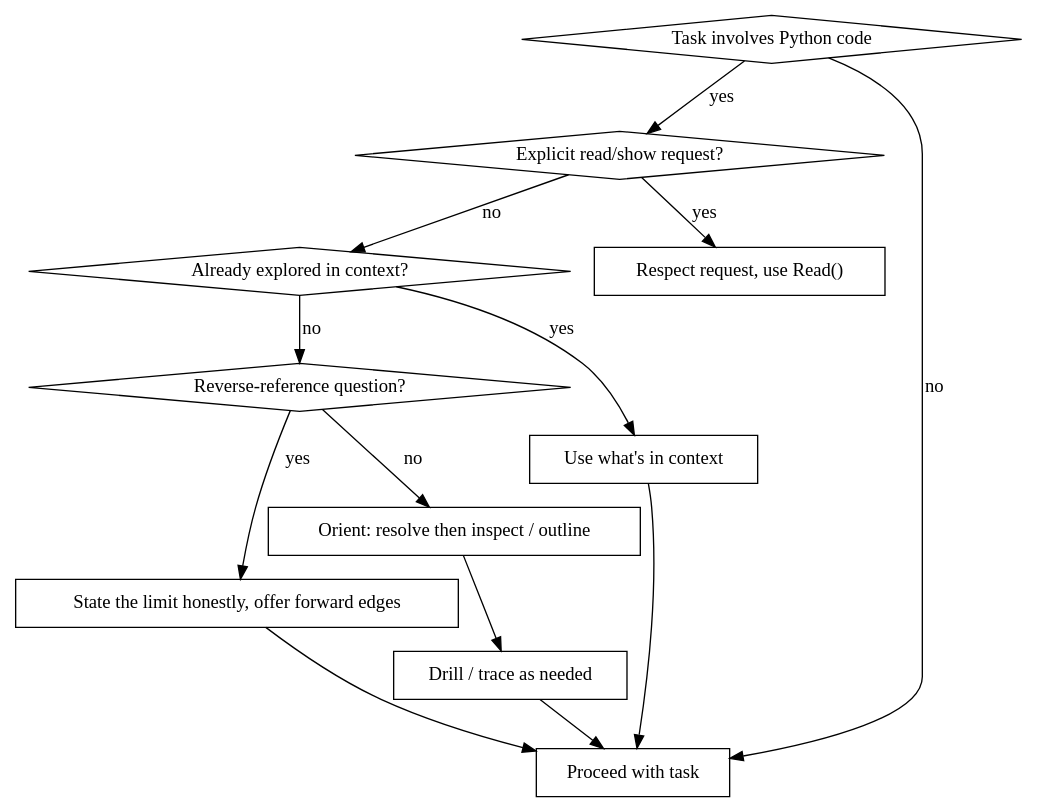
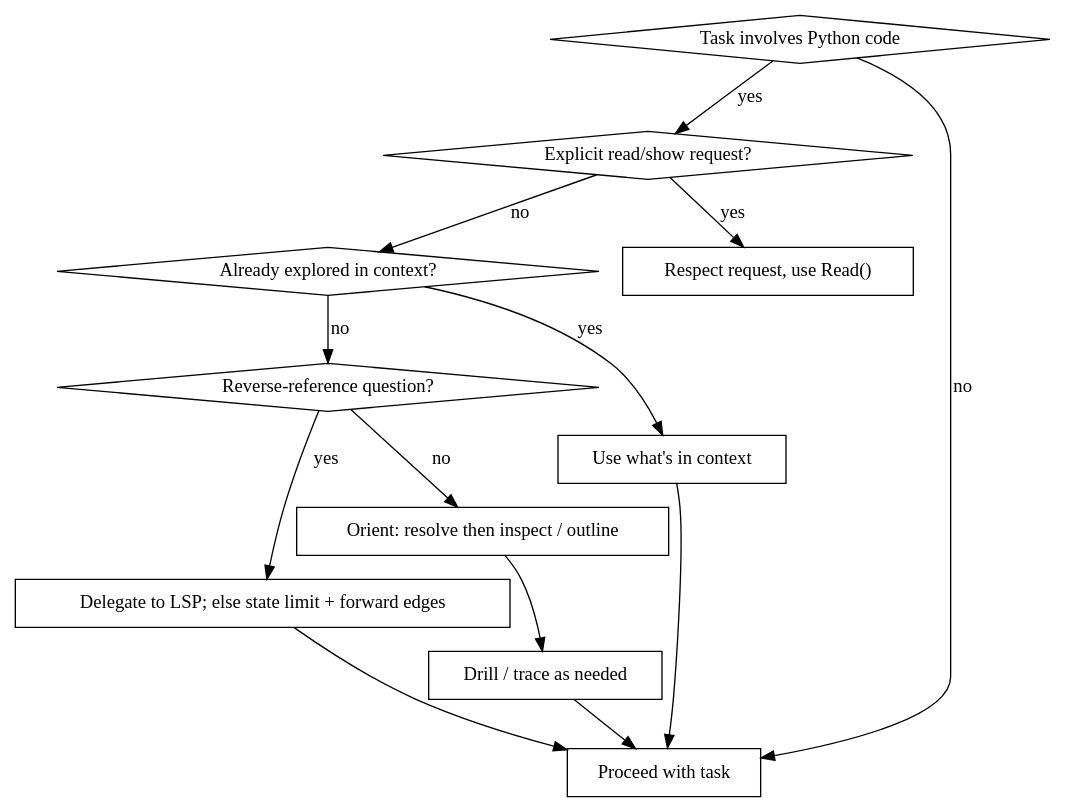
Before and after one commit to okeefeco/pyeye-mcp: the diagram in skills/python-explore/SKILL.md, drawn with Graphviz. The commit also changed other lines of this file and 1 other file, not shown here.

First line of the commit message:
docs(skill): sanction LSP delegation for reverse references

````diff
--- a/skills/python-explore/SKILL.md
+++ b/skills/python-explore/SKILL.md
@@ -160,30 +188,30 @@
 ```dot
 digraph python_explore {
     rankdir=TB;
 
     "Task involves Python code" [shape=diamond];
     "Explicit read/show request?" [shape=diamond];
     "Already explored in context?" [shape=diamond];
     "Reverse-reference question?" [shape=diamond];
 
     "Respect request, use Read()" [shape=box];
     "Use what's in context" [shape=box];
-    "State the limit honestly, offer forward edges" [shape=box];
+    "Delegate to LSP; else state limit + forward edges" [shape=box];
     "Orient: resolve then inspect / outline" [shape=box];
     "Drill / trace as needed" [shape=box];
     "Proceed with task" [shape=box];
 
     "Task involves Python code" -> "Explicit read/show request?" [label="yes"];
     "Task involves Python code" -> "Proceed with task" [label="no"];
     "Explicit read/show request?" -> "Respect request, use Read()" [label="yes"];
     "Explicit read/show request?" -> "Already explored in context?" [label="no"];
     "Already explored in context?" -> "Use what's in context" [label="yes"];
     "Already explored in context?" -> "Reverse-reference question?" [label="no"];
-    "Reverse-reference question?" -> "State the limit honestly, offer forward edges" [label="yes"];
+    "Reverse-reference question?" -> "Delegate to LSP; else state limit + forward edges" [label="yes"];
     "Reverse-reference question?" -> "Orient: resolve then inspect / outline" [label="no"];
     "Orient: resolve then inspect / outline" -> "Drill / trace as needed";
     "Drill / trace as needed" -> "Proceed with task";
     "Use what's in context" -> "Proceed with task";
-    "State the limit honestly, offer forward edges" -> "Proceed with task";
+    "Delegate to LSP; else state limit + forward edges" -> "Proceed with task";
 }
 ```
````
